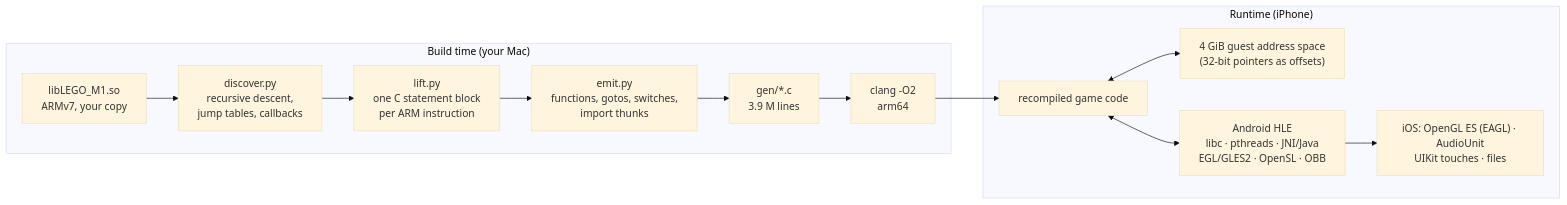
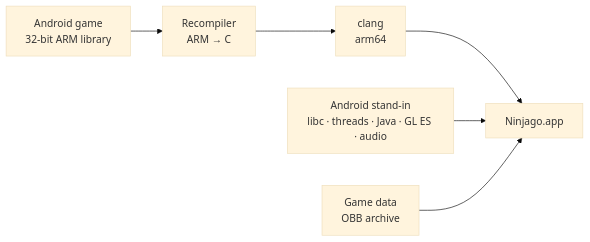
One commit to mirowaltisberg/ninjago-recomp changed the diagram in README.md. Above: the diagram before and after it, drawn with Mermaid (base theme). The commit also changed other lines of this file and 9 other files, not shown here.

````diff
--- a/README.md
+++ b/README.md
@@ -45,16 +90,8 @@
 ```mermaid
 flowchart LR
-    subgraph build["Build time (your Mac)"]
-        so["libLEGO_M1.so<br/>ARMv7, your copy"] --> discover["discover.py<br/>recursive descent,<br/>jump tables, callbacks"]
-        discover --> lift["lift.py<br/>one C statement block<br/>per ARM instruction"]
-        lift --> emit["emit.py<br/>functions, gotos, switches,<br/>import thunks"]
-        emit --> gen["gen/*.c<br/>3.9 M lines"]
-        gen --> clang["clang -O2<br/>arm64"]
-    end
-    subgraph app["Runtime (iPhone)"]
-        clang --> code["recompiled game code"]
-        code <--> mem["4 GiB guest address space<br/>(32-bit pointers as offsets)"]
-        code <--> hle["Android HLE<br/>libc · pthreads · JNI/Java<br/>EGL/GLES2 · OpenSL · OBB"]
-        hle --> ios["iOS: OpenGL ES (EAGL) · AudioUnit<br/>UIKit touches · files"]
-    end
+    so["Android game<br/>32-bit ARM library"] --> recomp["Recompiler<br/>ARM → C"]
+    recomp --> clang["clang<br/>arm64"]
+    clang --> app["Ninjago.app"]
+    hle["Android stand-in<br/>libc · threads · Java · GL ES · audio"] --> app
+    obb["Game data<br/>OBB archive"] --> app
 ```
````
